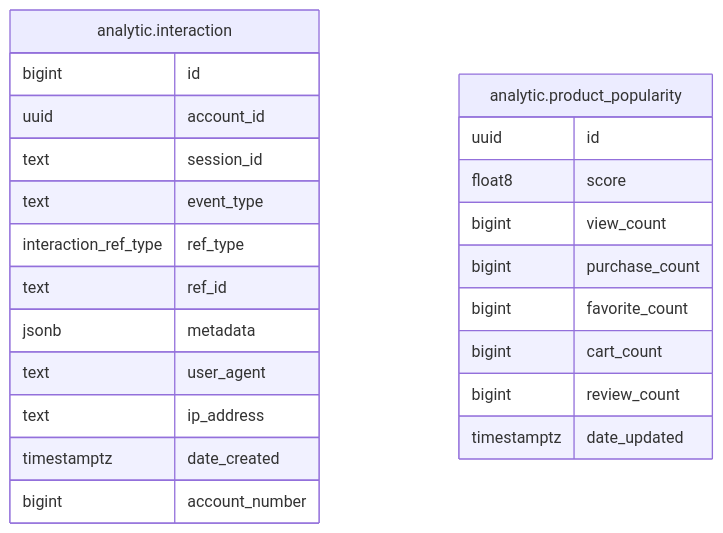
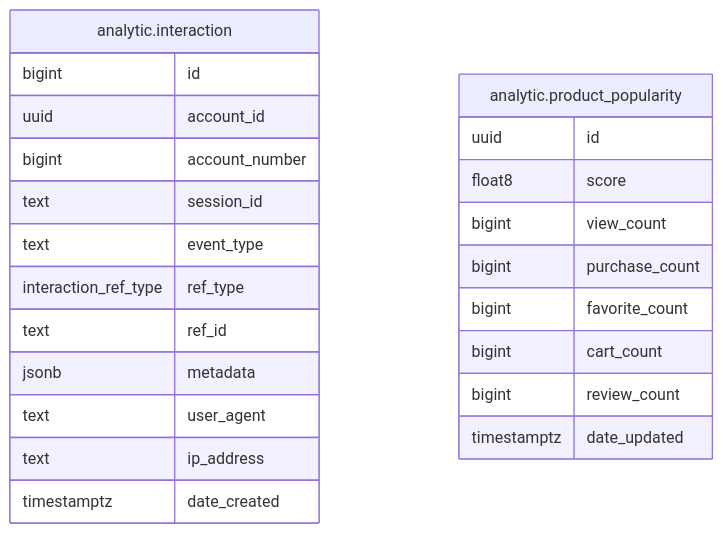
The diagram in internal/module/analytic/README.md (shopnexus/shopnexus-server), drawn with Mermaid before and after one commit. The commit also changed other lines of this file and 18 other files, not shown here.

````diff
--- a/internal/module/analytic/README.md
+++ b/internal/module/analytic/README.md
@@ -12,27 +12,27 @@
 ```mermaid
 erDiagram
 
 "analytic.interaction" {
   bigint id
   uuid account_id
+  bigint account_number
   text session_id
   text event_type
   interaction_ref_type ref_type
   text ref_id
   jsonb metadata
   text user_agent
   text ip_address
   timestamptz date_created
-  bigint account_number
 }
 "analytic.product_popularity" {
   uuid id
   float8 score
   bigint view_count
   bigint purchase_count
   bigint favorite_count
   bigint cart_count
   bigint review_count
   timestamptz date_updated
 }
 ```
````
